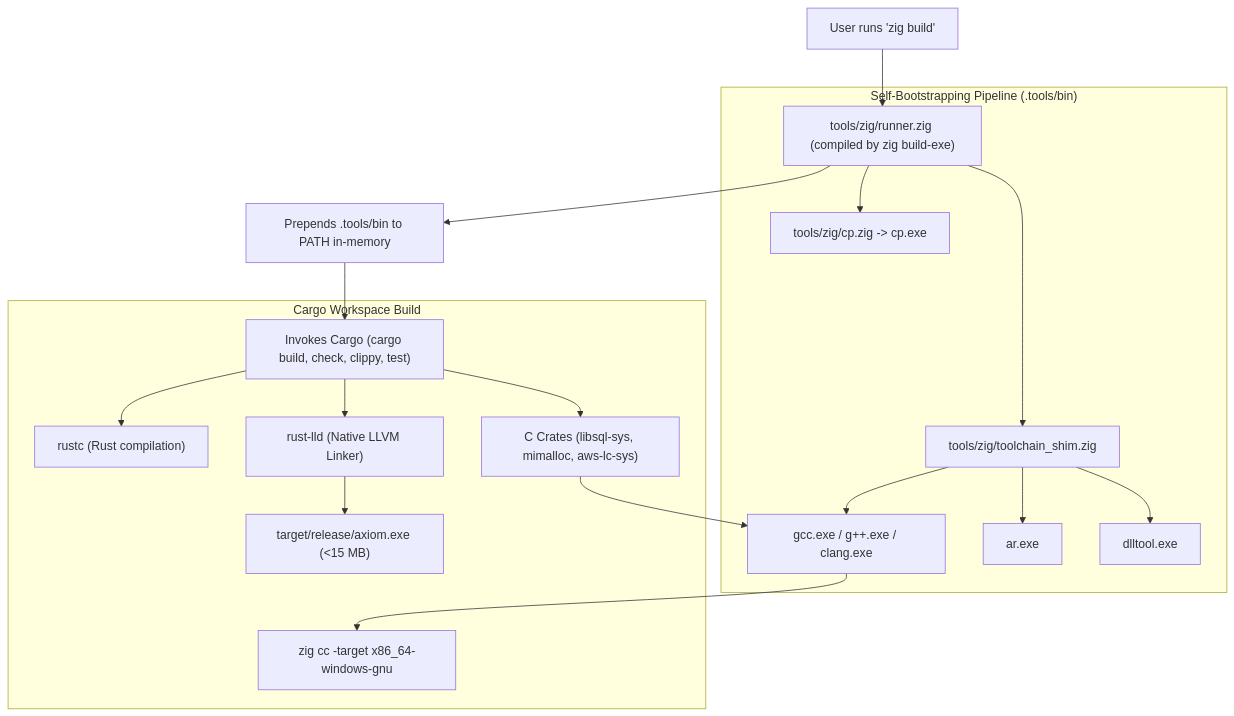
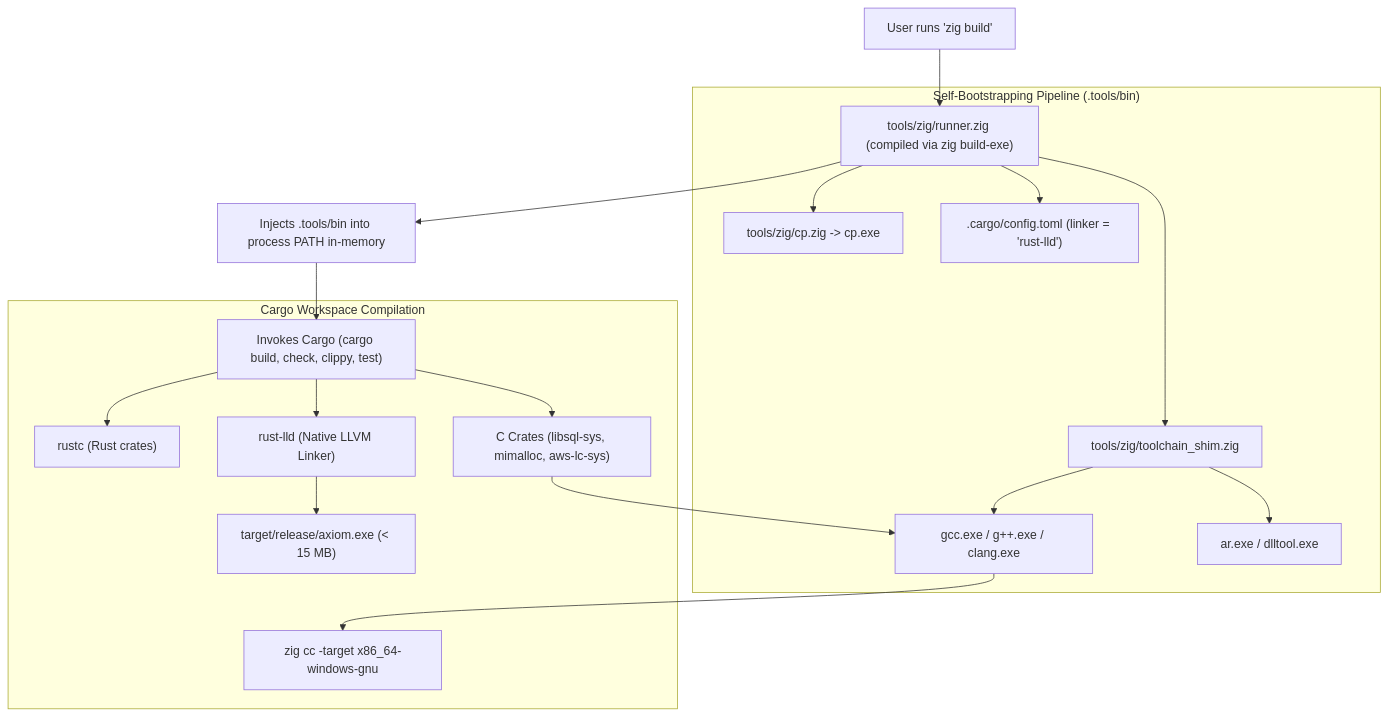
Before and after one commit to toxichome-whoami/axiom: the diagram in docs/building.md, drawn with Mermaid. The commit also changed other lines of this file, not shown here.

````diff
--- a/docs/building.md
+++ b/docs/building.md
@@ -30,24 +95,24 @@
 ```mermaid
 flowchart TD
-    ZIG["User runs 'zig build'"] --> RUNNER["tools/zig/runner.zig (compiled by zig build-exe)"]
-    
-    subgraph ToolchainBootstrap["Self-Bootstrapping Pipeline (.tools/bin)"]
-        RUNNER --> SHIM["tools/zig/toolchain_shim.zig"]
-        SHIM --> GCC["gcc.exe / g++.exe / clang.exe"]
-        SHIM --> AR["ar.exe"]
-        SHIM --> DLLTOOL["dlltool.exe"]
-        RUNNER --> CP["tools/zig/cp.zig -> cp.exe"]
+    Z["User runs 'zig build'"] --> R["tools/zig/runner.zig (compiled via zig build-exe)"]
+
+    subgraph Bootstrap["Self-Bootstrapping Pipeline (.tools/bin)"]
+        R --> S["tools/zig/toolchain_shim.zig"]
+        S --> GCC["gcc.exe / g++.exe / clang.exe"]
+        S --> AR["ar.exe / dlltool.exe"]
+        R --> CP["tools/zig/cp.zig -> cp.exe"]
+        R --> CFG[".cargo/config.toml (linker = 'rust-lld')"]
     end
-    
-    RUNNER --> ENV["Prepends .tools/bin to PATH in-memory"]
+
+    R --> ENV["Injects .tools/bin into process PATH in-memory"]
     ENV --> CARGO["Invokes Cargo (cargo build, check, clippy, test)"]
-    
-    subgraph CargoCompilation["Cargo Workspace Build"]
-        CARGO --> RUSTC["rustc (Rust compilation)"]
+
+    subgraph Compilation["Cargo Workspace Compilation"]
+        CARGO --> RUSTC["rustc (Rust crates)"]
         CARGO --> C_CRATES["C Crates (libsql-sys, mimalloc, aws-lc-sys)"]
         C_CRATES --> GCC
         GCC --> ZIG_CC["zig cc -target x86_64-windows-gnu"]
         CARGO --> LINK["rust-lld (Native LLVM Linker)"]
-        LINK --> BIN["target/release/axiom.exe (<15 MB)"]
+        LINK --> BIN["target/release/axiom.exe (< 15 MB)"]
     end
 ```
````
